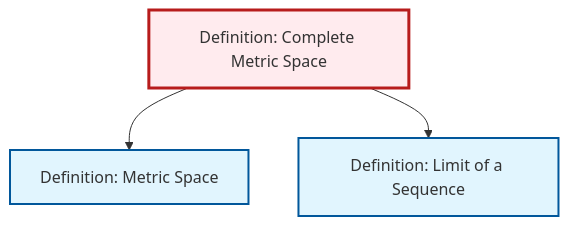
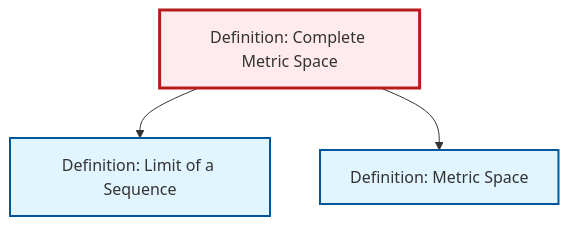
One commit to RK0429/ModernMath changed the diagram in content/ja/analysis/def-complete-metric-space.qmd. Above: the diagram before and after it, drawn with Mermaid. The commit also changed other lines of this file and 417 other files, not shown here.

````diff
--- a/content/ja/analysis/def-complete-metric-space.qmd
+++ b/content/ja/analysis/def-complete-metric-space.qmd
@@ -61,17 +61,17 @@
 ```{mermaid}
 %%| fig-cap: "Local dependency graph"
 graph TD
     classDef definition fill:#e1f5fe,stroke:#01579b,stroke-width:2px
     classDef theorem fill:#f3e5f5,stroke:#4a148c,stroke-width:2px
     classDef axiom fill:#fff3e0,stroke:#e65100,stroke-width:2px
     classDef example fill:#e8f5e9,stroke:#1b5e20,stroke-width:2px
     classDef current fill:#ffebee,stroke:#b71c1c,stroke-width:3px
+    def-limit["Definition: Limit of a Sequence"]:::definition
+    def-complete-metric-space["Definition: Complete Metric Space"]:::definition
     def-metric-space["Definition: Metric Space"]:::definition
-    def-complete-metric-space["Definition: Complete Metric Space"]:::definition
-    def-limit["Definition: Limit of a Sequence"]:::definition
+    def-complete-metric-space --> def-limit
     def-complete-metric-space --> def-metric-space
-    def-complete-metric-space --> def-limit
     class def-complete-metric-space current
+    click def-limit "def-limit.html" "Definition: Limit of a Sequenceへ"
     click def-metric-space "def-metric-space.html" "Definition: Metric Spaceへ"
-    click def-limit "def-limit.html" "Definition: Limit of a Sequenceへ"
 ```
````
